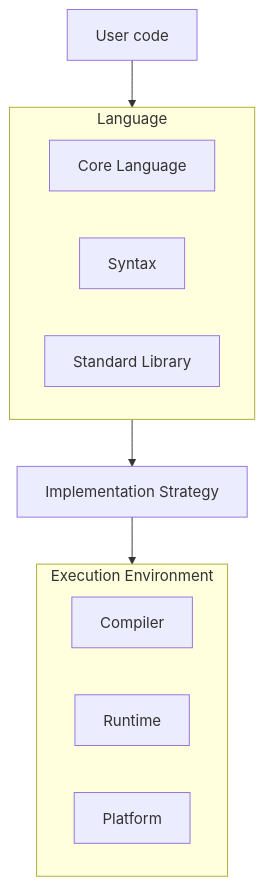
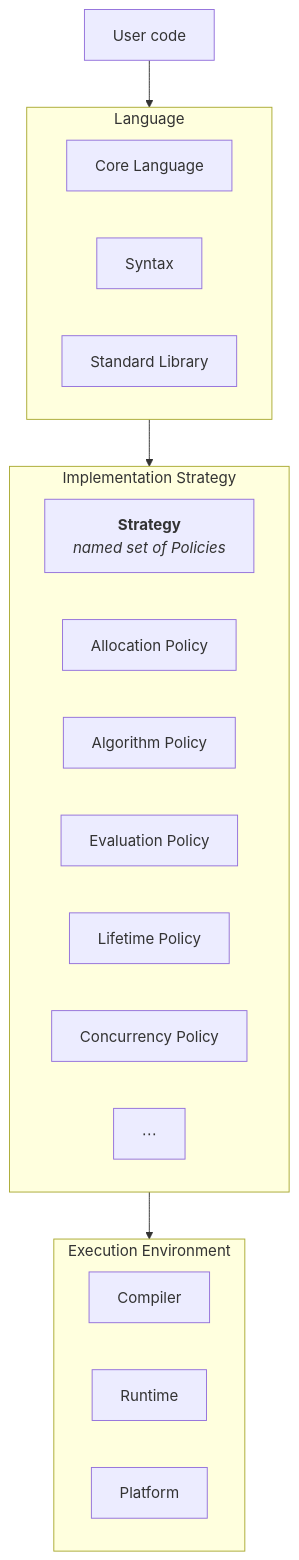
The diagram in how/architecture/ARCHITECTURE.md (orthon-lang/docs), drawn with Mermaid before and after one commit. The commit also changed other lines of this file and 8 other files, not shown here.

````diff
--- a/how/architecture/ARCHITECTURE.md
+++ b/how/architecture/ARCHITECTURE.md
@@ -22,22 +22,31 @@
 ``` mermaid
 flowchart TD
     UC["User code"]
 
     subgraph LANG["Language"]
         CL["Core Language"]
         SX["Syntax"]
         SL["Standard Library"]
     end
 
-    IS["Implementation Strategy"]
+    subgraph STRAT["Implementation Strategy"]
+        direction LR
+        STRAT_LBL["<b>Strategy</b><br/><i>named set of Policies</i>"]
+        POL1["Allocation Policy"]
+        POL2["Algorithm Policy"]
+        POL3["Evaluation Policy"]
+        POL4["Lifetime Policy"]
+        POL5["Concurrency Policy"]
+        POL6["⋯"]
+    end
 
     subgraph EXEC["Execution Environment"]
         C["Compiler"]
         R["Runtime"]
         P["Platform"]
     end
 
     UC --> LANG
-    LANG --> IS
-    IS --> EXEC
+    LANG --> STRAT
+    STRAT --> EXEC
 ```
````
